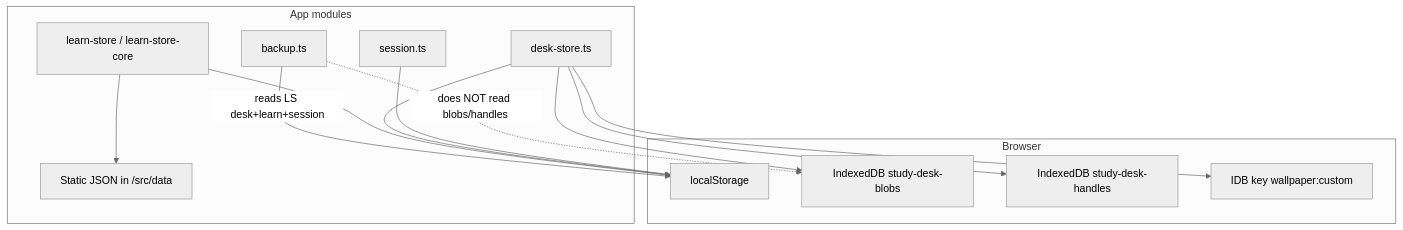
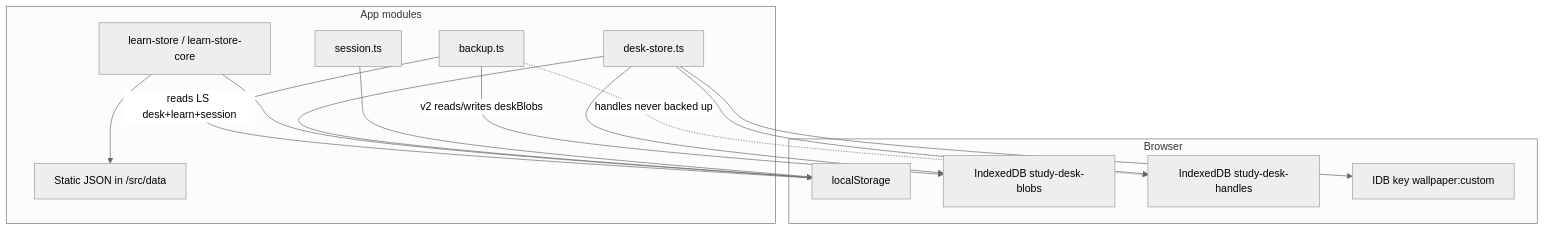
The diagram in docs/DATA_MODEL_MAP.md (LLLVPN4423/Study_Desk), drawn with Mermaid (neutral theme) before and after one commit. The commit also changed other lines of this file and 23 other files, not shown here.

````diff
--- a/docs/DATA_MODEL_MAP.md
+++ b/docs/DATA_MODEL_MAP.md
@@ -10,25 +10,26 @@
 ```mermaid
 flowchart TB
   subgraph browser [Browser]
     LS[localStorage]
     IDBBlobs["IndexedDB study-desk-blobs"]
     IDBHandles["IndexedDB study-desk-handles"]
     IDBWall["IDB key wallpaper:custom"]
   end
   subgraph modules [App modules]
     Session[session.ts]
     Desk[desk-store.ts]
     Learn[learn-store / learn-store-core]
     Backup[backup.ts]
     Seeds[Static JSON in /src/data]
   end
   Session --> LS
   Desk --> LS
   Desk --> IDBBlobs
   Desk --> IDBHandles
   Desk --> IDBWall
   Learn --> LS
   Backup -->|"reads LS desk+learn+session"| LS
-  Backup -.->|"does NOT read blobs/handles"| IDBBlobs
+  Backup -->|"v2 reads/writes deskBlobs"| IDBBlobs
+  Backup -.->|"handles never backed up"| IDBHandles
   Learn --> Seeds
 ```
````
